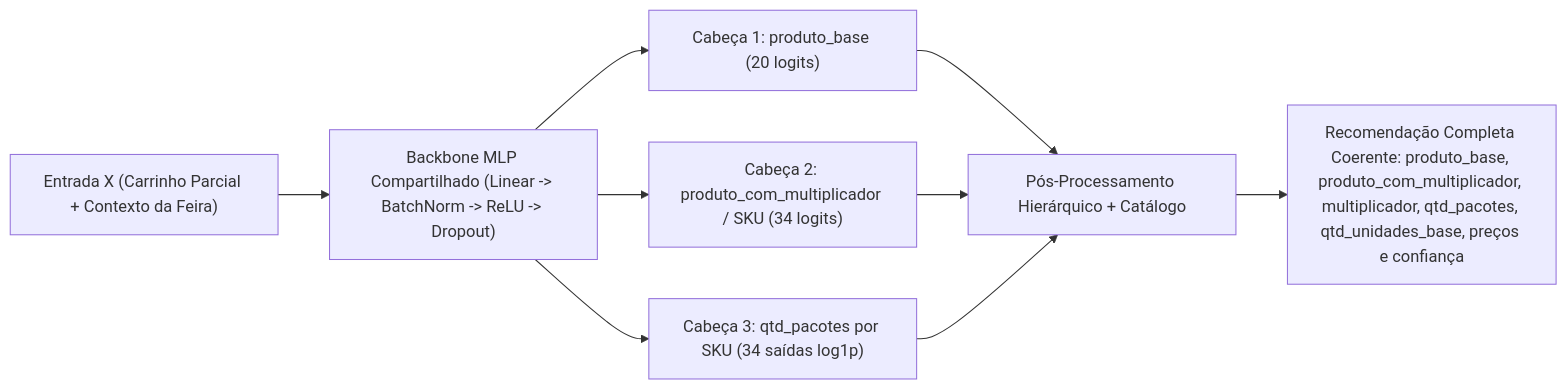
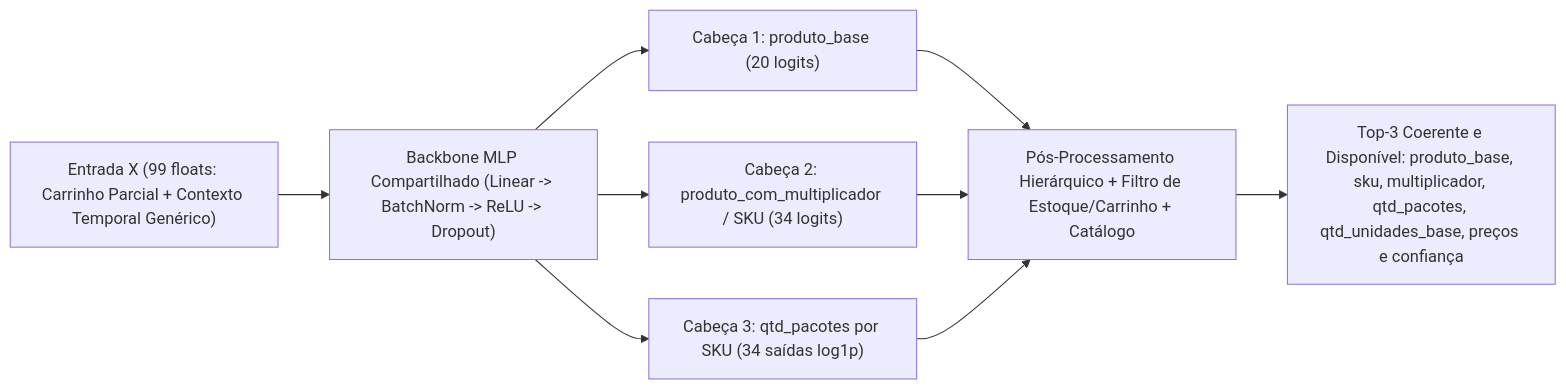
The diagram in docs/5_modelagem_e_treino.md (SIS-AMF/2026-2_trabalho_g2_ia2), drawn with Mermaid before and after one commit. The commit also changed other lines of this file and 8 other files, not shown here.

````diff
--- a/docs/5_modelagem_e_treino.md
+++ b/docs/5_modelagem_e_treino.md
@@ -27,11 +27,11 @@
 ```mermaid
 flowchart LR
-    X["Entrada X (Carrinho Parcial + Contexto da Feira)"] --> B["Backbone MLP Compartilhado (Linear -> BatchNorm -> ReLU -> Dropout)"]
+    X["Entrada X (99 floats: Carrinho Parcial + Contexto Temporal Genérico)"] --> B["Backbone MLP Compartilhado (Linear -> BatchNorm -> ReLU -> Dropout)"]
     B --> H1["Cabeça 1: produto_base (20 logits)"]
     B --> H2["Cabeça 2: produto_com_multiplicador / SKU (34 logits)"]
     B --> H3["Cabeça 3: qtd_pacotes por SKU (34 saídas log1p)"]
-    H1 --> P["Pós-Processamento Hierárquico + Catálogo"]
+    H1 --> P["Pós-Processamento Hierárquico + Filtro de Estoque/Carrinho + Catálogo"]
     H2 --> P
     H3 --> P
-    P --> Y["Recomendação Completa Coerente: produto_base, produto_com_multiplicador, multiplicador, qtd_pacotes, qtd_unidades_base, preços e confiança"]
+    P --> Y["Top-3 Coerente e Disponível: produto_base, sku, multiplicador, qtd_pacotes, qtd_unidades_base, preços e confiança"]
 ```
````
